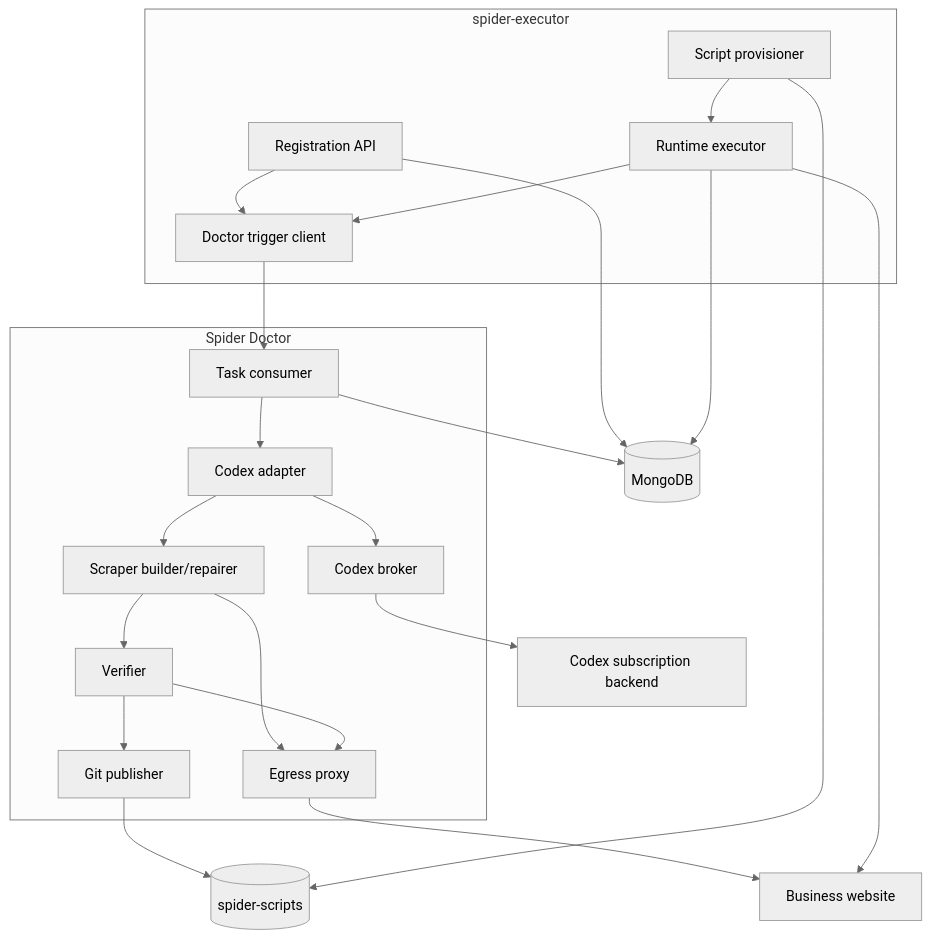
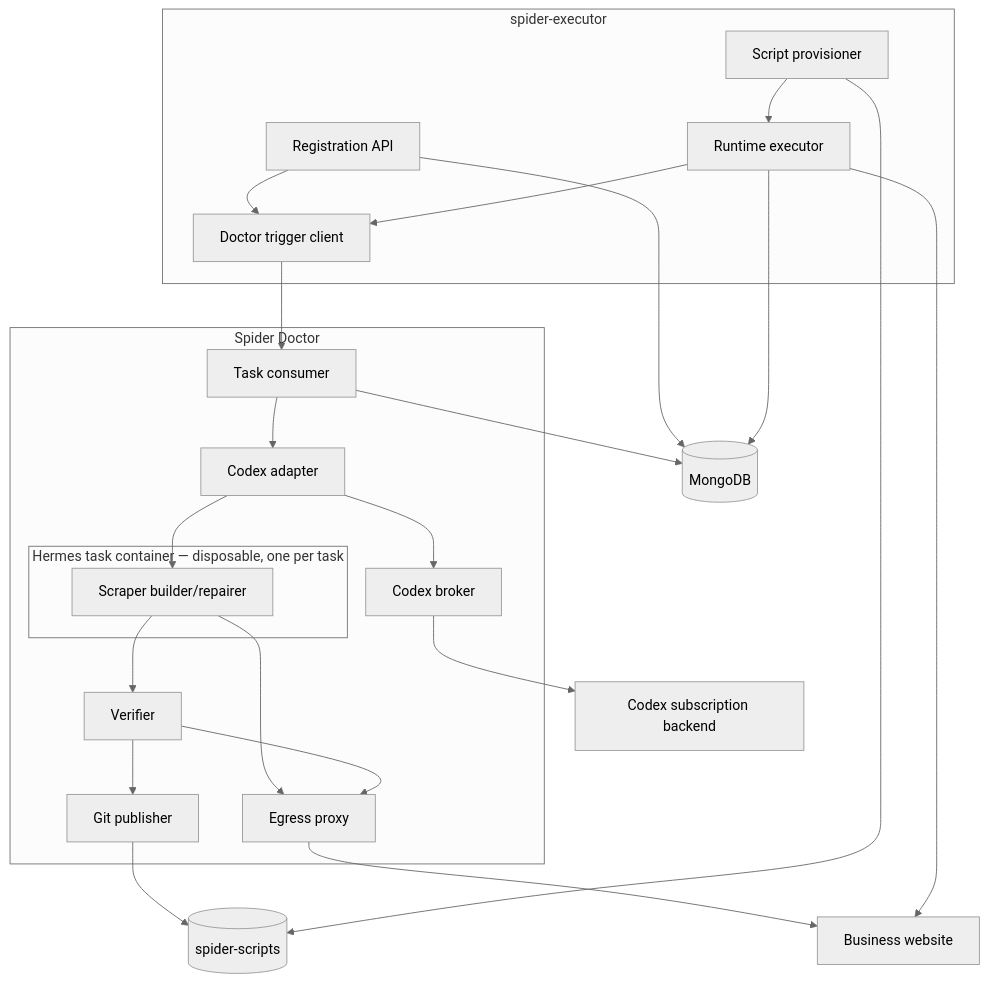
Before and after one commit to cl0udarch1t3cts/spider-runtime: the second of 6 diagrams in docs/ARCHITECTURE.md, drawn with Mermaid (neutral theme). The commit also changed other lines of this file, not shown here.

First line of the commit message:
Architecture: mark the Hermes task container in the diagrams

````diff
--- a/docs/ARCHITECTURE.md
+++ b/docs/ARCHITECTURE.md
@@ -124,44 +124,46 @@
 ```mermaid
 flowchart TB
     subgraph Executor[spider-executor]
         RA[Registration API]
         RE[Runtime executor]
         DT[Doctor trigger client]
         PR[Script provisioner]
     end
 
     subgraph Doctor[Spider Doctor]
         TC[Task consumer]
         CA[Codex adapter]
         CB[Codex broker]
         EP[Egress proxy]
-        SB[Scraper builder/repairer]
+        subgraph Hermes[Hermes task container — disposable, one per task]
+            SB[Scraper builder/repairer]
+        end
         VF[Verifier]
         GP[Git publisher]
     end
 
     M[(MongoDB)]
     G[(spider-scripts)]
     WEB[Business website]
     OAI[Codex subscription backend]
 
     RA --> M
     RA --> DT
     RE --> M
     RE --> DT
     DT --> TC
     TC --> M
     TC --> CA
     CA --> CB
     CB --> OAI
     CA --> SB
     SB --> EP
     SB --> VF
     VF --> EP
     EP --> WEB
     VF --> GP
     GP --> G
     PR --> G
     PR --> RE
     RE --> WEB
 ```
````
